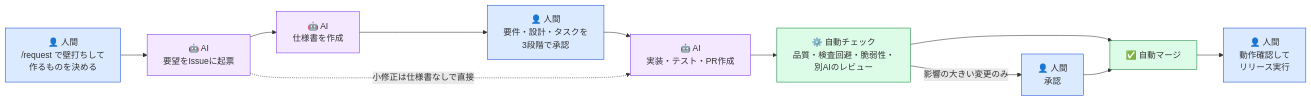
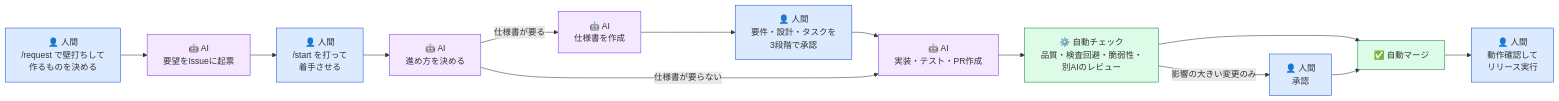
One commit to DogisRiki/KeirekiPro changed the second of 2 diagrams in README.md. Above: the diagram before and after it, drawn with Mermaid. The commit also changed other lines of this file and 25 other files, not shown here.

````diff
--- a/README.md
+++ b/README.md
@@ -306,23 +306,27 @@
 ```mermaid
 flowchart LR
     H1["👤 人間<br/>/request で壁打ちして<br/>作るものを決める"]
     A0["🤖 AI<br/>要望をIssueに起票"]
+    H5["👤 人間<br/>/start を打って<br/>着手させる"]
+    A3["🤖 AI<br/>進め方を決める"]
     A1["🤖 AI<br/>仕様書を作成"]
     H2["👤 人間<br/>要件・設計・タスクを<br/>3段階で承認"]
     A2["🤖 AI<br/>実装・テスト・PR作成"]
     C1["⚙️ 自動チェック<br/>品質・検査回避・脆弱性・<br/>別AIのレビュー"]
     H4["👤 人間<br/>承認"]
     M["✅ 自動マージ"]
     H3["👤 人間<br/>動作確認して<br/>リリース実行"]
 
-    H1 --> A0 --> A1 --> H2 --> A2 --> C1 --> M --> H3
+    H1 --> A0 --> H5 --> A3
+    A3 -->|仕様書が要る| A1 --> H2 --> A2
+    A3 -->|仕様書が要らない| A2
+    A2 --> C1 --> M --> H3
     C1 -->|影響の大きい変更のみ| H4 --> M
-    A0 -.小修正は仕様書なしで直接.-> A2
 
     classDef human fill:#dbeafe,stroke:#1d4ed8
     classDef ai fill:#f3e8ff,stroke:#7c3aed
     classDef auto fill:#dcfce7,stroke:#15803d
-    class H1,H2,H3,H4 human
-    class A0,A1,A2 ai
+    class H1,H2,H3,H4,H5 human
+    class A0,A1,A2,A3 ai
     class C1,M auto
 ```
````
